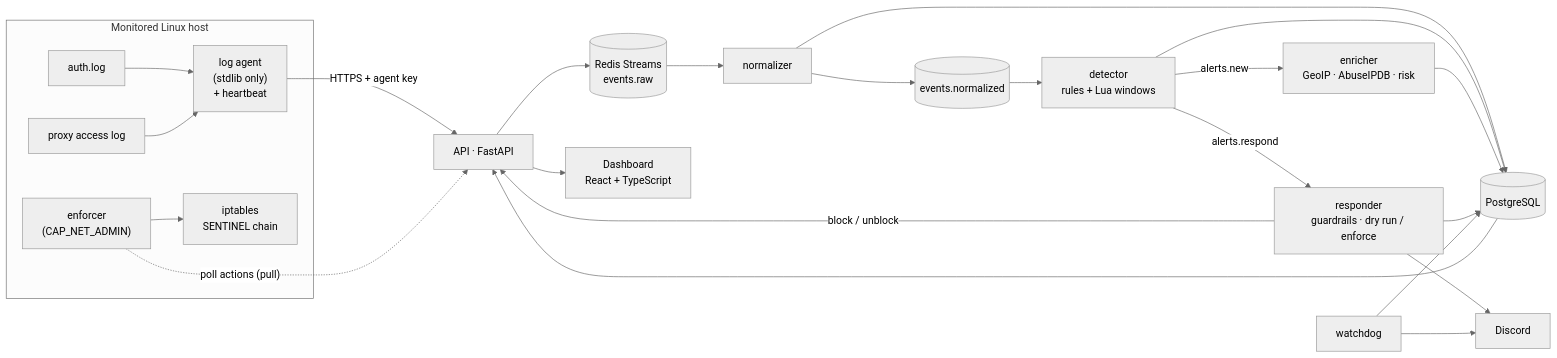
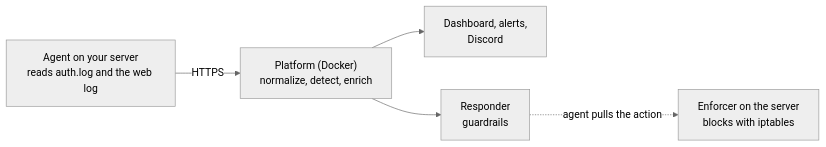
The diagram in README.md (yassineeljal/SentinelLite), drawn with Mermaid (neutral theme) before and after one commit. The commit also changed other lines of this file and 3 other files, not shown here.

````diff
--- a/README.md
+++ b/README.md
@@ -43,27 +30,7 @@
 ```mermaid
 flowchart LR
-    subgraph Host["Monitored Linux host"]
-        L1["auth.log"] --> A
-        L2["proxy access log"] --> A
-        A["log agent<br/>(stdlib only)<br/>+ heartbeat"]
-        EN["enforcer<br/>(CAP_NET_ADMIN)"] --> FW["iptables<br/>SENTINEL chain"]
-    end
-    A -- "HTTPS + agent key" --> API[API · FastAPI]
-    EN -. "poll actions (pull)" .-> API
-    API --> R1[(Redis Streams<br/>events.raw)]
-    R1 --> N[normalizer]
-    N --> PG[(PostgreSQL)]
-    N --> R2[(events.normalized)]
-    R2 --> D["detector<br/>rules + Lua windows"]
-    D --> PG
-    D -- alerts.new --> E["enricher<br/>GeoIP · AbuseIPDB · risk"]
-    E --> PG
-    D -- alerts.respond --> S["responder<br/>guardrails · dry run / enforce"]
-    S --> PG
-    S -- "block / unblock" --> API
-    S --> DC["Discord"]
-    W["watchdog"] --> PG
-    W --> DC
-    PG --> API
-    API --> UI["Dashboard<br/>React + TypeScript"]
+    A["Agent on your server<br/>reads auth.log and the web log"] -- HTTPS --> P["Platform (Docker)<br/>normalize, detect, enrich"]
+    P --> D["Dashboard, alerts,<br/>Discord"]
+    P --> R["Responder<br/>guardrails"]
+    R -. "agent pulls the action" .-> E["Enforcer on the server<br/>blocks with iptables"]
 ```
````
